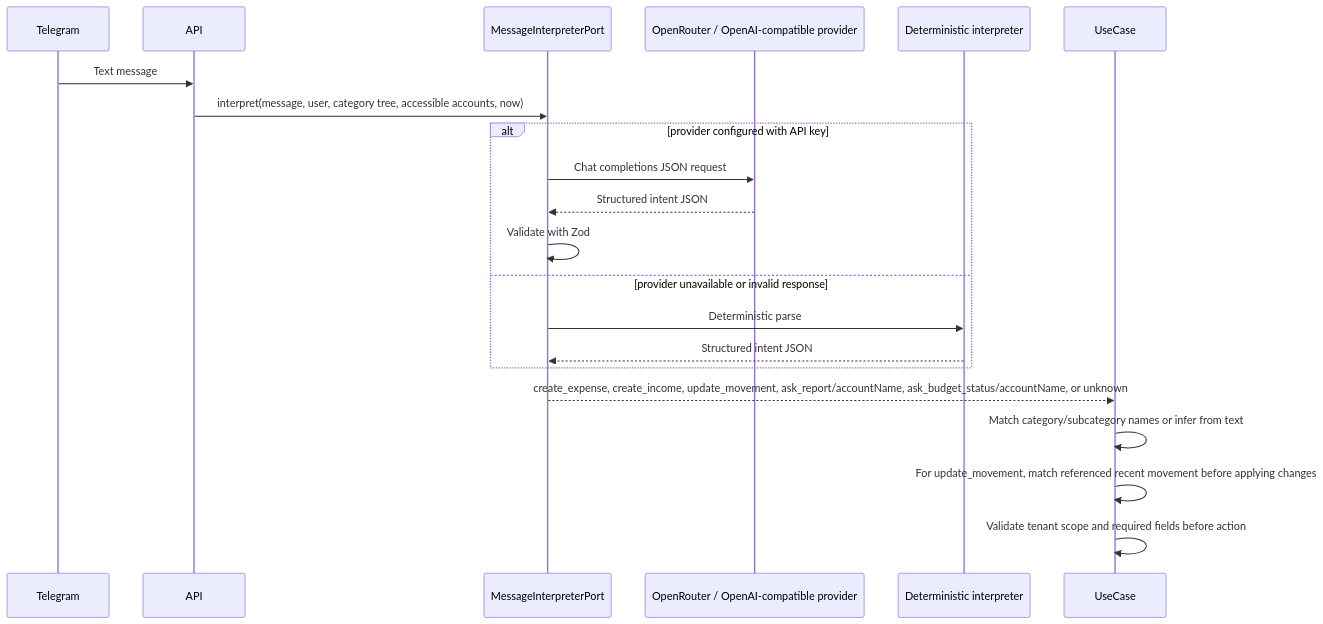
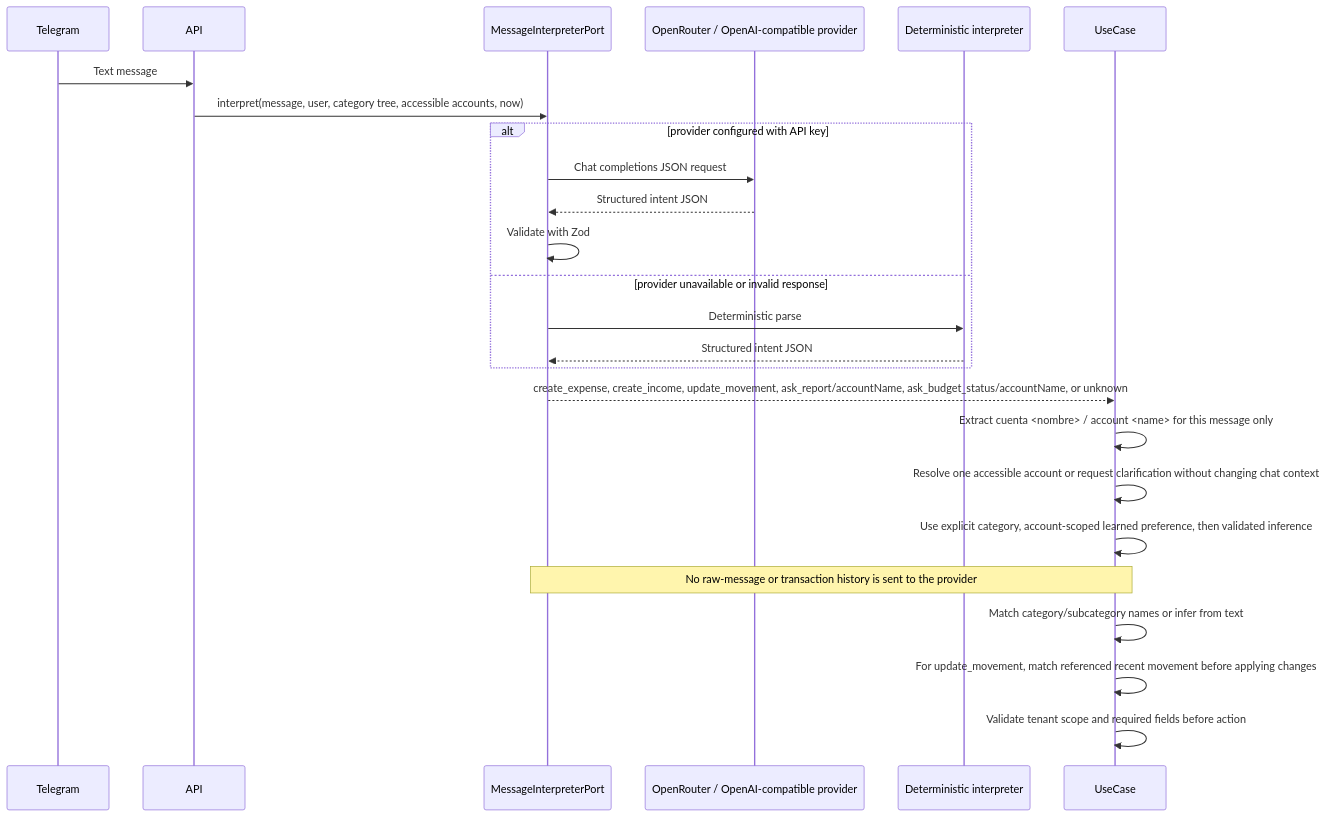
Before and after one commit to EduardoSalasG/expenses-tracker: the diagram in docs/diagrams/message-interpretation.mmd, drawn with Mermaid. The commit also changed 6 other files, not shown here.

Commit message:
feat: backfill learned category preferences

```diff
--- a/docs/diagrams/message-interpretation.mmd
+++ b/docs/diagrams/message-interpretation.mmd
@@ -1,21 +1,25 @@
 sequenceDiagram
   participant Telegram
   participant API
   participant Port as MessageInterpreterPort
   participant LLM as OpenRouter / OpenAI-compatible provider
   participant Fallback as Deterministic interpreter
   participant UseCase
   Telegram->>API: Text message
   API->>Port: interpret(message, user, category tree, accessible accounts, now)
   alt provider configured with API key
     Port->>LLM: Chat completions JSON request
     LLM-->>Port: Structured intent JSON
     Port->>Port: Validate with Zod
   else provider unavailable or invalid response
     Port->>Fallback: Deterministic parse
     Fallback-->>Port: Structured intent JSON
   end
   Port-->>UseCase: create_expense, create_income, update_movement, ask_report/accountName, ask_budget_status/accountName, or unknown
+  UseCase->>UseCase: Extract cuenta <nombre> / account <name> for this message only
+  UseCase->>UseCase: Resolve one accessible account or request clarification without changing chat context
+  UseCase->>UseCase: Use explicit category, account-scoped learned preference, then validated inference
+  Note over UseCase,Port: No raw-message or transaction history is sent to the provider
   UseCase->>UseCase: Match category/subcategory names or infer from text
   UseCase->>UseCase: For update_movement, match referenced recent movement before applying changes
   UseCase->>UseCase: Validate tenant scope and required fields before action
```
